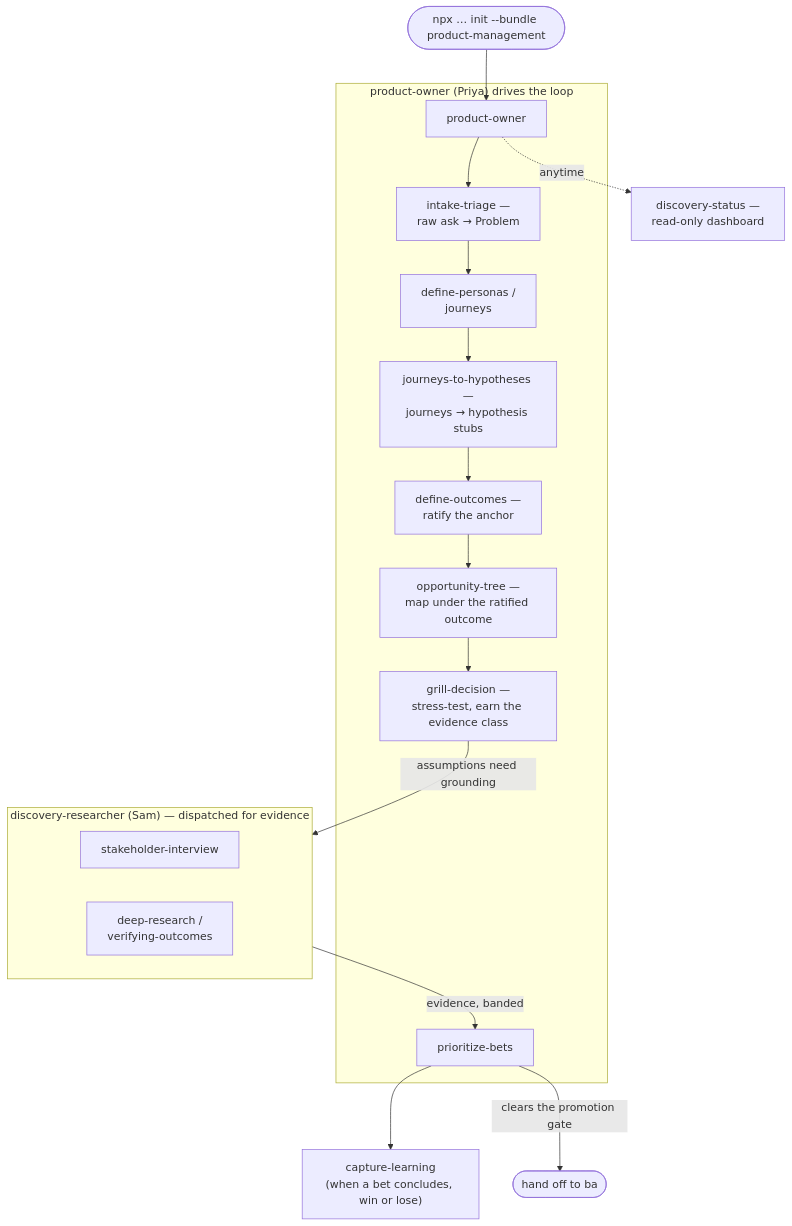
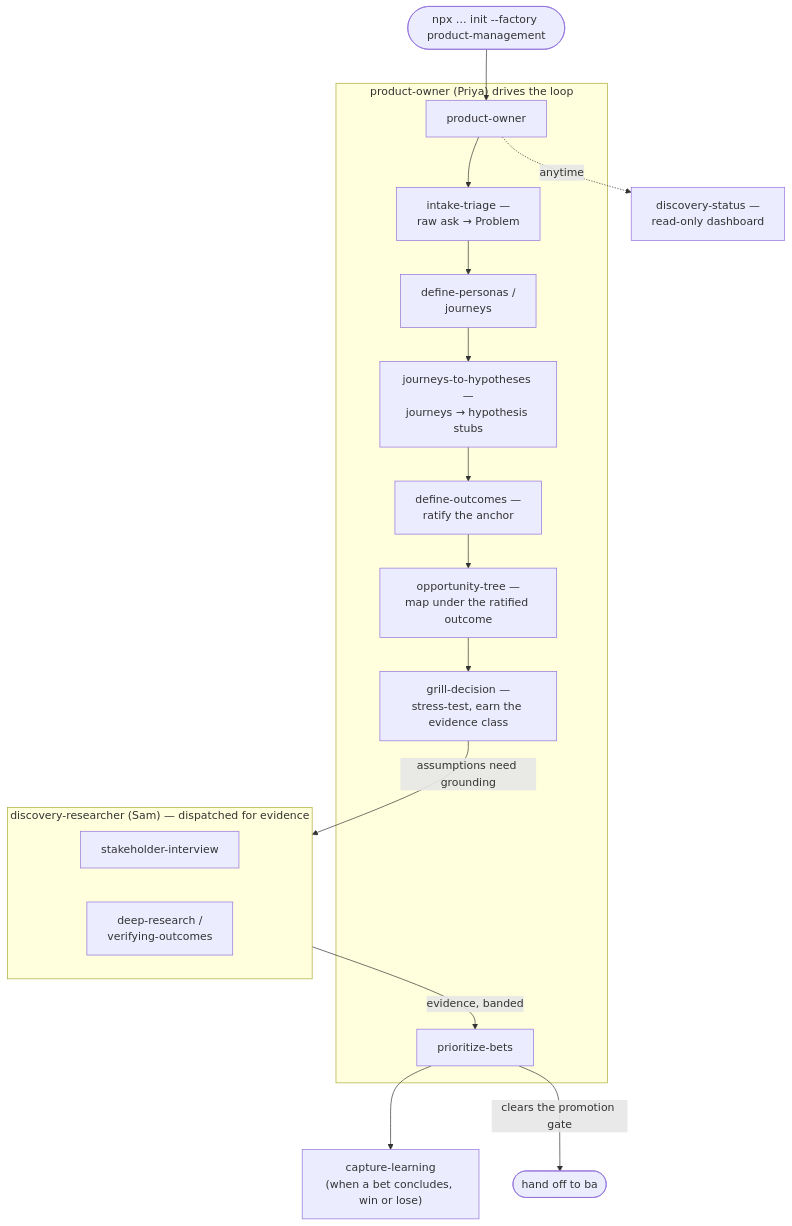
One commit to arozumenko/sdlc-skills changed the diagram in factories/product-management/README.md. Above: the diagram before and after it, drawn with Mermaid. The commit also changed other lines of this file and 7 other files, not shown here.

````diff
--- a/factories/product-management/README.md
+++ b/factories/product-management/README.md
@@ -45,29 +45,29 @@
 ```mermaid
 flowchart TD
-    install(["npx … init --bundle product-management"]) --> po
+    install(["npx … init --factory product-management"]) --> po
 
     subgraph loop["product-owner (Priya) drives the loop"]
         po["product-owner"]
         intake["intake-triage —<br/>raw ask → Problem"]
         personas["define-personas /<br/>journeys"]
         hyp["journeys-to-hypotheses —<br/>journeys → hypothesis stubs"]
         anchor["define-outcomes —<br/>ratify the anchor"]
         tree["opportunity-tree —<br/>map under the ratified outcome"]
         grill["grill-decision —<br/>stress-test, earn the evidence class"]
         rank["prioritize-bets"]
         po --> intake --> personas --> hyp --> anchor --> tree --> grill
     end
 
     subgraph research["discovery-researcher (Sam) — dispatched for evidence"]
         interview["stakeholder-interview"]
         deep["deep-research /<br/>verifying-outcomes"]
     end
 
     grill -->|"assumptions need grounding"| research
     research -->|"evidence, banded"| rank
 
     rank --> learn["capture-learning<br/>(when a bet concludes, win or lose)"]
     po -.->|"anytime"| status["discovery-status —<br/>read-only dashboard"]
 
     rank -->|"clears the promotion gate"| ba(["hand off to ba"])
 ```
````
